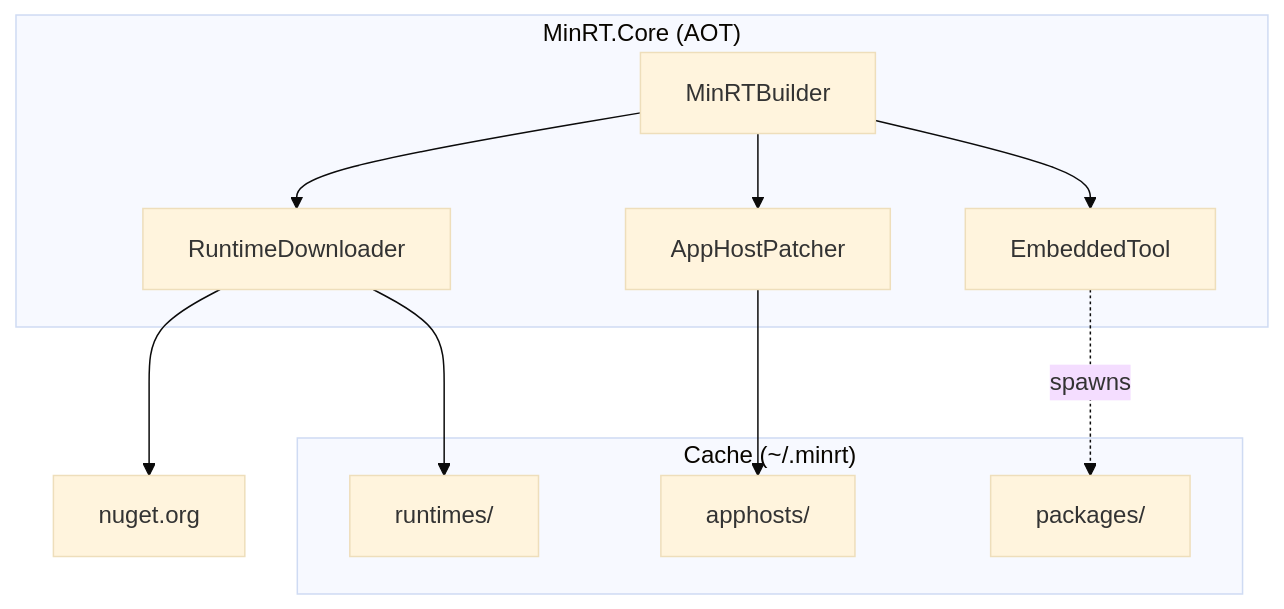
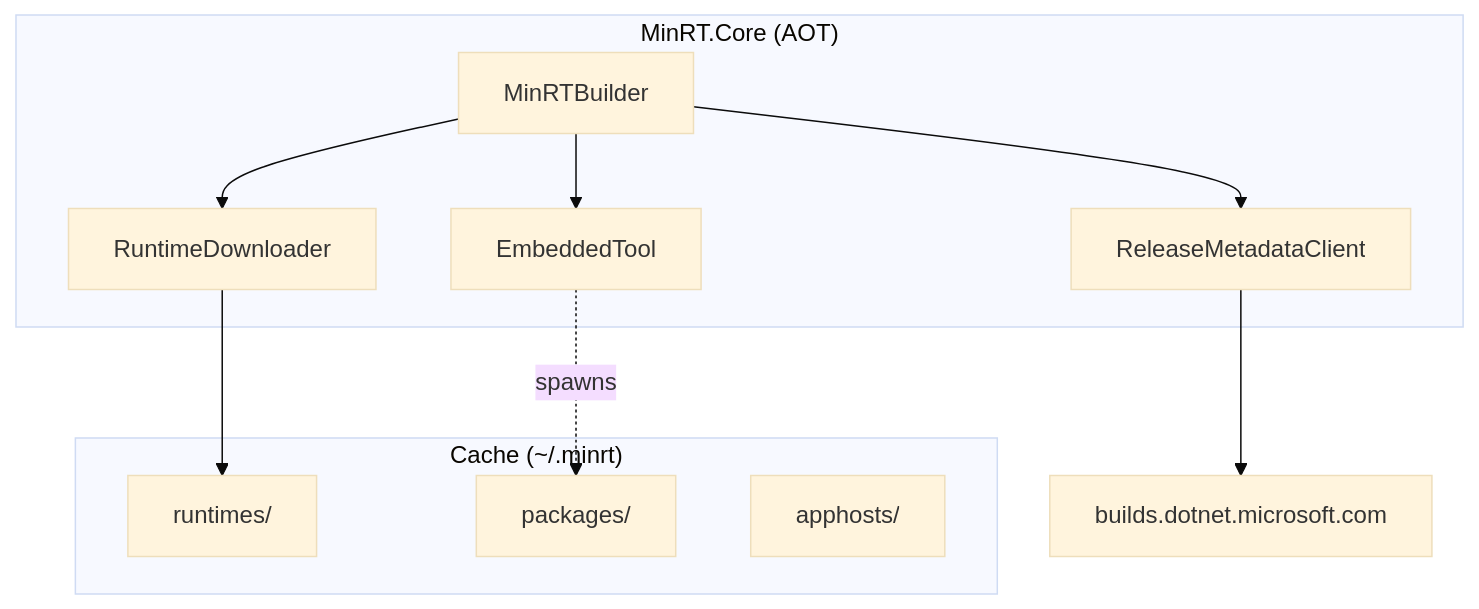
The diagram in SPEC.md (devlinj678/pro-min-RT), drawn with Mermaid (base theme) before and after one commit. The commit also changed other lines of this file and 8 other files, not shown here.

First line of the commit message:
refactor: Switch from NuGet to official release archives

````diff
--- a/SPEC.md
+++ b/SPEC.md
@@ -50,25 +50,24 @@
 ```mermaid
 graph TB
     subgraph "MinRT.Core (AOT)"
         Builder[MinRTBuilder]
+        ReleaseClient[ReleaseMetadataClient]
         Downloader[RuntimeDownloader]
-        Patcher[AppHostPatcher]
         Embedded[EmbeddedTool]
     end
 
     subgraph "Cache (~/.minrt)"
         Runtimes[runtimes/]
         Packages[packages/]
-        AppHosts[apphosts/]
+        Apps[apphosts/]
     end
 
-    NuGet[nuget.org]
+    ReleaseAPI[builds.dotnet.microsoft.com]
 
+    Builder --> ReleaseClient
     Builder --> Downloader
-    Builder --> Patcher
     Builder --> Embedded
-    Downloader --> NuGet
+    ReleaseClient --> ReleaseAPI
     Downloader --> Runtimes
     Embedded -.->|spawns| Packages
-    Patcher --> AppHosts
 ```
````
